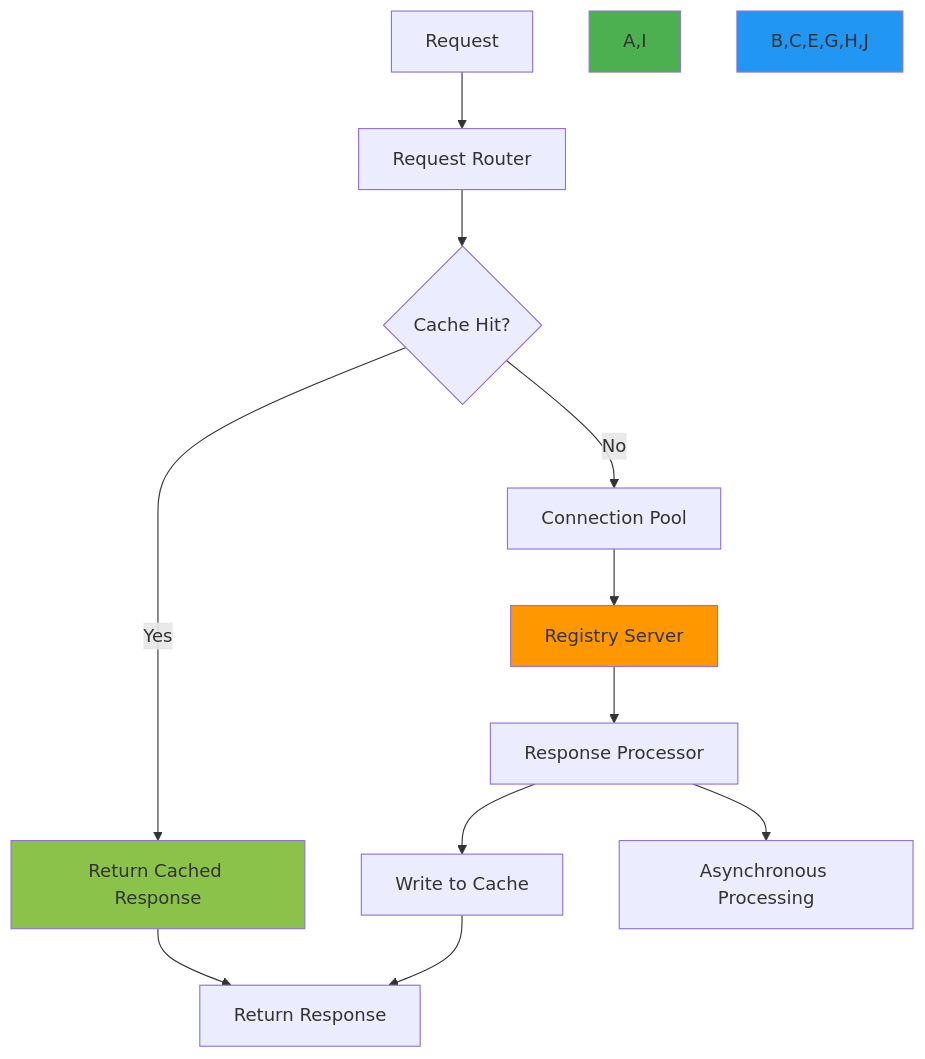
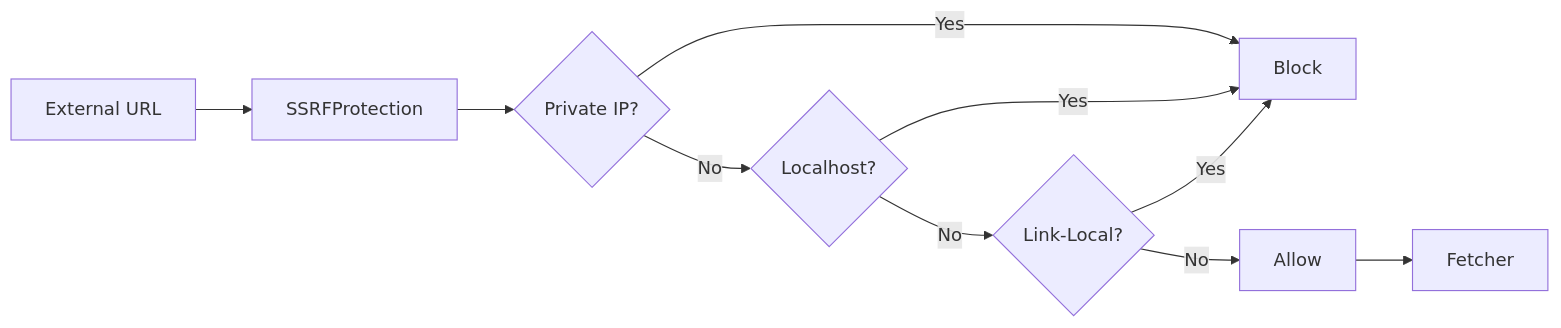
One commit to rdapify/RDAPify changed the second of 2 diagrams in docs/architecture/overview.md. Above: the diagram before and after it, drawn with Mermaid. The commit also changed other lines of this file and 157 other files, not shown here.

````diff
--- a/docs/architecture/overview.md
+++ b/docs/architecture/overview.md
@@ -76,18 +147,12 @@
 ```mermaid
-graph TD
-    A[Request] --> B[Request Router]
-    B --> C{Cache Hit?}
-    C -->|Yes| D[Return Cached Response]
-    C -->|No| E[Connection Pool]
-    E --> F[Registry Server]
-    F --> G[Response Processor]
-    G --> H[Write to Cache]
-    H --> I[Return Response]
-    D --> I
-    G --> J[Asynchronous Processing]
-    
-    style A,I fill:#4CAF50
-    style B,C,E,G,H,J fill:#2196F3
-    style D fill:#8BC34A
-    style F fill:#FF9800
+graph LR
+    A[External URL] --> B[SSRFProtection]
+    B --> C{Private IP?}
+    C -->|Yes| D[Block]
+    C -->|No| E{Localhost?}
+    E -->|Yes| D
+    E -->|No| F{Link-Local?}
+    F -->|Yes| D
+    F -->|No| G[Allow]
+    G --> H[Fetcher]
 ```
````
